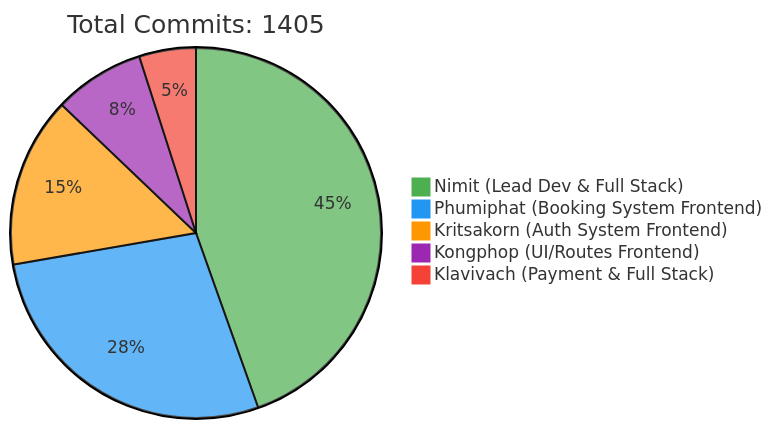
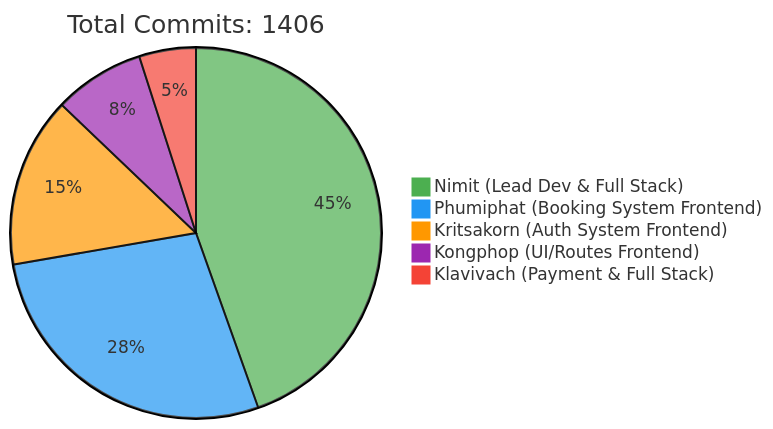
Before and after one commit to 6531503042/Sport-Complex: the first of 2 diagrams in README.md, drawn with Mermaid. The commit also changed other lines of this file, not shown here.

Commit message:
docs: Update contributor statistics [skip ci]

````diff
--- a/README.md
+++ b/README.md
@@ -257,10 +257,10 @@
 ```mermaid
 %%{init: {'theme': 'base', 'themeVariables': { 'pie1': '#4CAF50', 'pie2': '#2196F3', 'pie3': '#FF9800', 'pie4': '#9C27B0', 'pie5': '#F44336'}}}%%
 pie
-    title Total Commits: 1405
+    title Total Commits: 1406
     "Nimit (Lead Dev & Full Stack)" : 450
     "Phumiphat (Booking System Frontend)" : 280
     "Kritsakorn (Auth System Frontend)" : 150
     "Kongphop (UI/Routes Frontend)" : 80
     "Klavivach (Payment & Full Stack)" : 50
 ```
````
